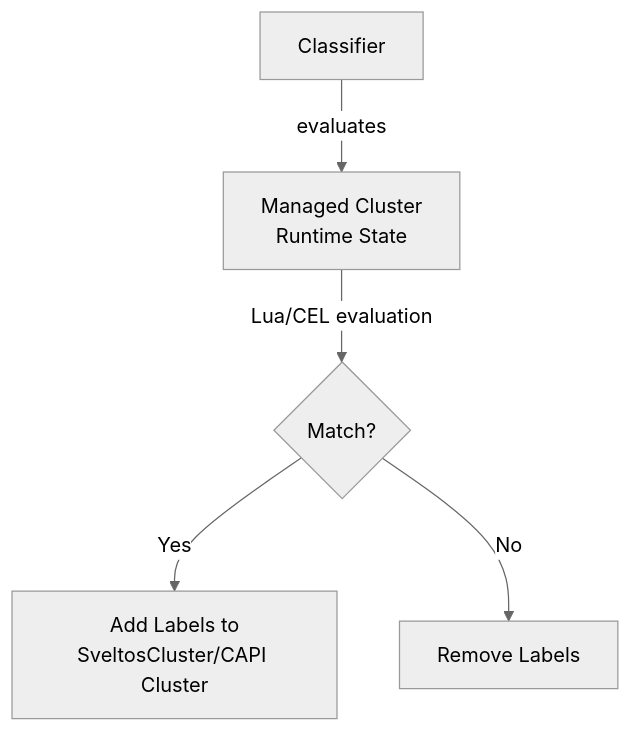
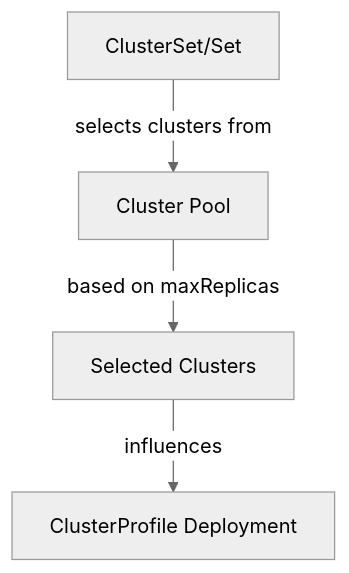
One commit to projectsveltos/sveltos changed the fifth of 10 diagrams in docs/internals/cr-ownership.md. Above: the diagram before and after it, drawn with Mermaid (neutral theme). The commit also changed other lines of this file, not shown here.

````diff
--- a/docs/internals/cr-ownership.md
+++ b/docs/internals/cr-ownership.md
@@ -382,7 +277,6 @@
 ```mermaid
 graph TB
-    A[Classifier] -->|evaluates| B[Managed Cluster<br/>Runtime State]
-    B -->|Lua/CEL evaluation| C{Match?}
-    C -->|Yes| D[Add Labels to<br/>SveltosCluster/CAPI Cluster]
-    C -->|No| E[Remove Labels]
+    A[ClusterSet/Set] -->|selects clusters from| B[Cluster Pool]
+    B -->|based on maxReplicas| C[Selected Clusters]
+    C -->|influences| D[ClusterProfile Deployment]
 ```
````
